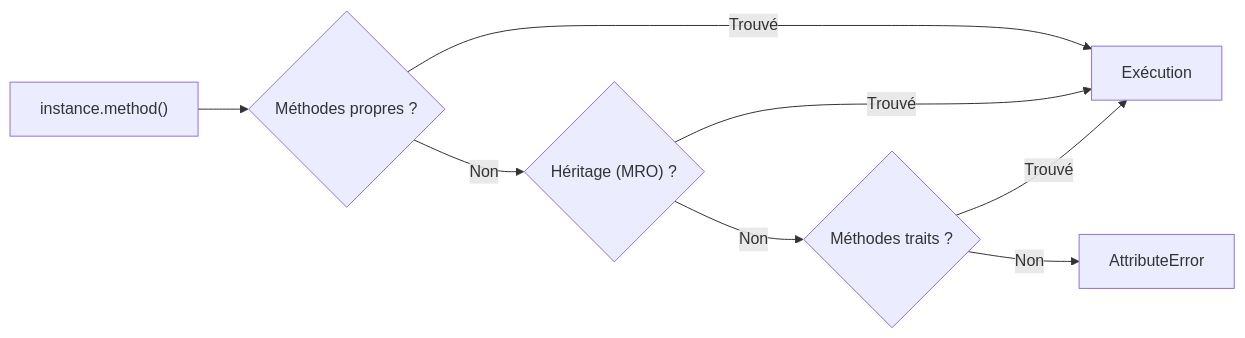
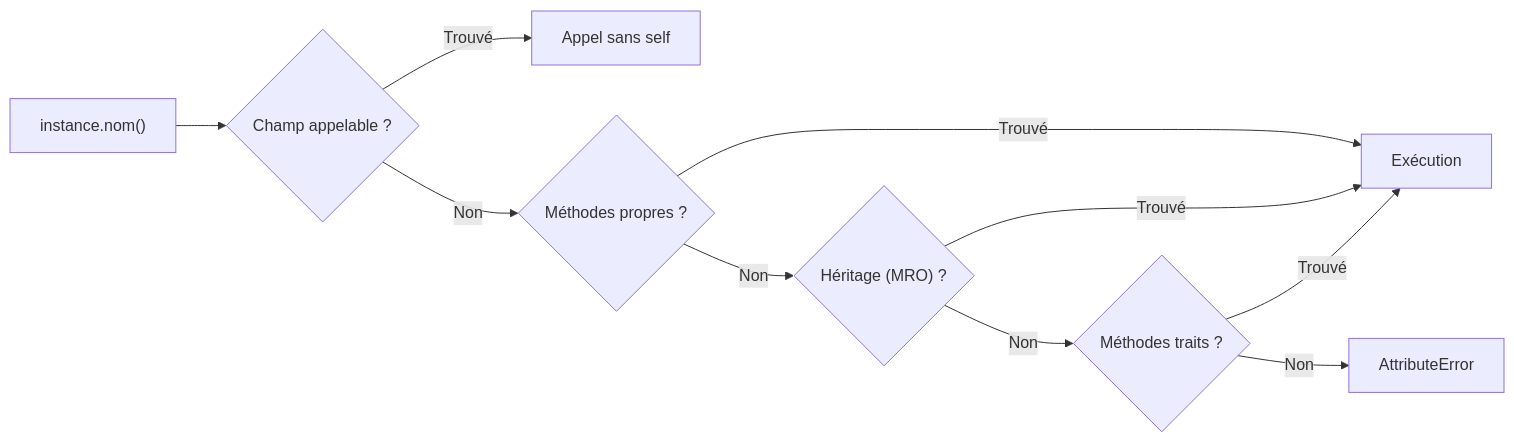
Before and after one commit to aristofor/catnip: the first of 2 diagrams in docs/lang/STRUCTURES.md, drawn with Mermaid. The commit also changed other lines of this file and 406 other files, not shown here.

````diff
--- a/docs/lang/STRUCTURES.md
+++ b/docs/lang/STRUCTURES.md
@@ -178,10 +186,12 @@
 ```mermaid
 flowchart LR
-    CALL["instance.method()"] --> OWN{"Méthodes propres ?"}
+    CALL["instance.nom()"] --> FIELD{"Champ appelable ?"}
+    FIELD -->|Trouvé| CALLF["Appel sans self"]
+    FIELD -->|Non| OWN{"Méthodes propres ?"}
     OWN -->|Trouvé| EXEC["Exécution"]
     OWN -->|Non| MRO{"Héritage (MRO) ?"}
     MRO -->|Trouvé| EXEC
     MRO -->|Non| TRAIT{"Méthodes traits ?"}
     TRAIT -->|Trouvé| EXEC
     TRAIT -->|Non| ERR["AttributeError"]
 ```
````
